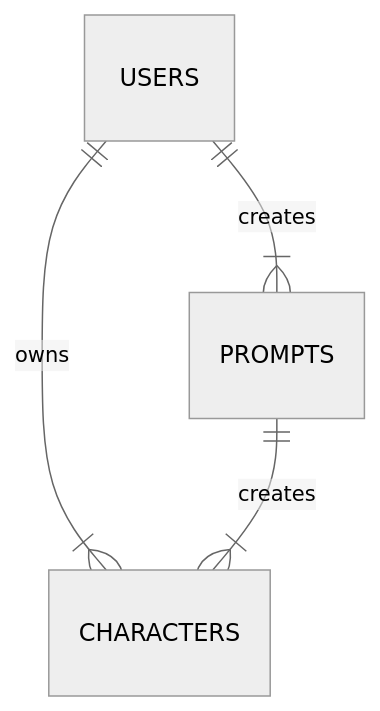
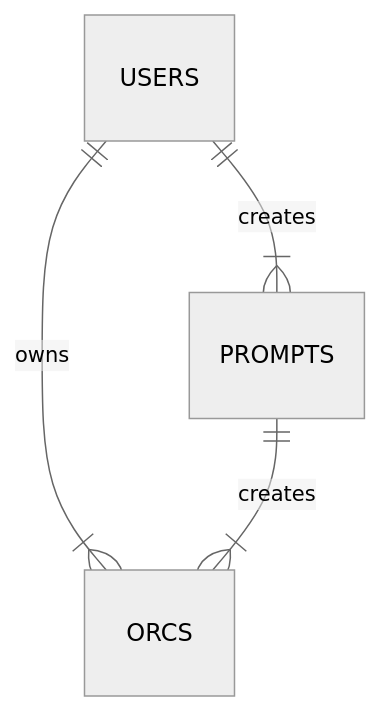
One commit to Wren00/create-an-orc changed the first of 2 diagrams in README.md. Above: the diagram before and after it, drawn with Mermaid (neutral theme). The commit also changed other lines of this file and 1 other file, not shown here.

````diff
--- a/README.md
+++ b/README.md
@@ -49,6 +49,6 @@
 ```mermaid
 erDiagram
-USERS ||--|{ CHARACTERS : owns
+USERS ||--|{ ORCS : owns
 USERS ||--|{ PROMPTS : creates
-PROMPTS ||--|{ CHARACTERS : creates
+PROMPTS ||--|{ ORCS : creates
 ```
````
